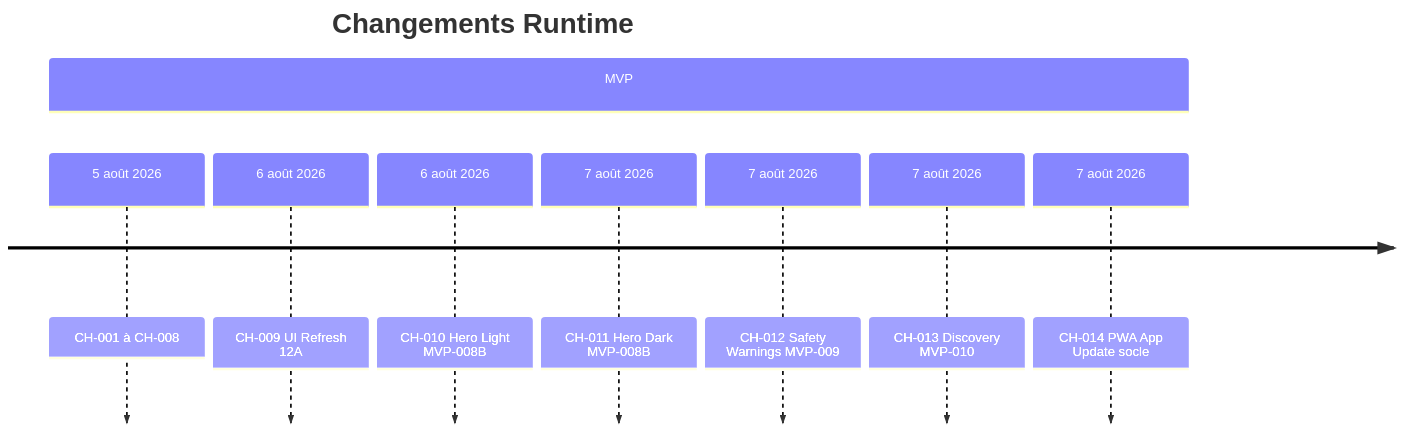
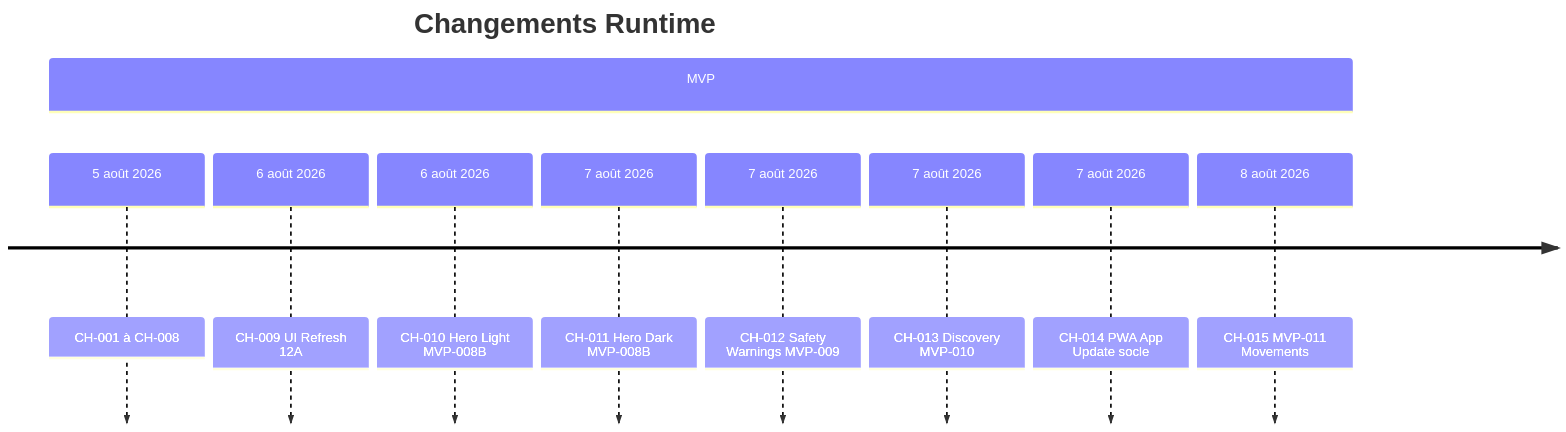
Before and after one commit to JavaChrist/Tai-Chi-AI-Coach: the diagram in docs/runtime/17_CHANGE_HISTORY.md, drawn with Mermaid. The commit also changed other lines of this file and 2 other files, not shown here.

First line of the commit message:
docs(tickets): record MVP-011 commit hash

````diff
--- a/docs/runtime/17_CHANGE_HISTORY.md
+++ b/docs/runtime/17_CHANGE_HISTORY.md
@@ -49,12 +50,13 @@
 ```mermaid
 timeline
   title Changements Runtime
   section MVP
     5 août 2026 : CH-001 à CH-008
     6 août 2026 : CH-009 UI Refresh 12A
     6 août 2026 : CH-010 Hero Light MVP-008B
     7 août 2026 : CH-011 Hero Dark MVP-008B
     7 août 2026 : CH-012 Safety Warnings MVP-009
     7 août 2026 : CH-013 Discovery MVP-010
     7 août 2026 : CH-014 PWA App Update socle
+    8 août 2026 : CH-015 MVP-011 Movements
 ```
````
